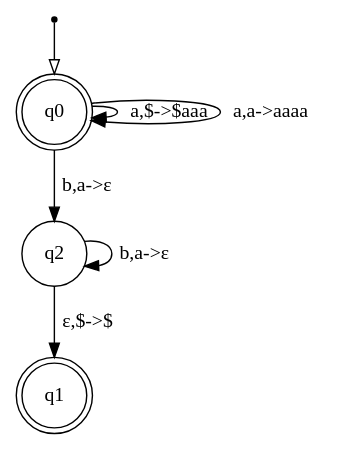
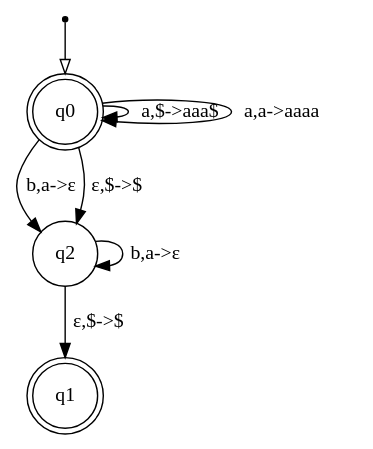
The diagram in 1a.pda.pdf.dot (qianyouwang/cs138-hw04), drawn with Graphviz before and after one commit. The commit also changed 2 other files, not shown here.

```diff
--- a/1a.pda.pdf.dot
+++ b/1a.pda.pdf.dot
@@ -1,13 +1,14 @@
 digraph {
   node [shape=point]; __start;
   node [shape = doublecircle]; q0;
   node [shape = doublecircle]; q1;
   node [shape = circle]; q2;
 
   __start -> q0 [arrowhead = empty];
-  q0 -> q0 [label = "a,$->$aaa"];
+  q0 -> q0 [label = "a,$->aaa$"];
   q0 -> q0 [label = "a,a->aaaa"];
   q0 -> q2 [label = "b,a->ε"];
+  q0 -> q2 [label = "ε,$->$"];
   q2 -> q2 [label = "b,a->ε"];
   q2 -> q1 [label = "ε,$->$"];
 }
```
